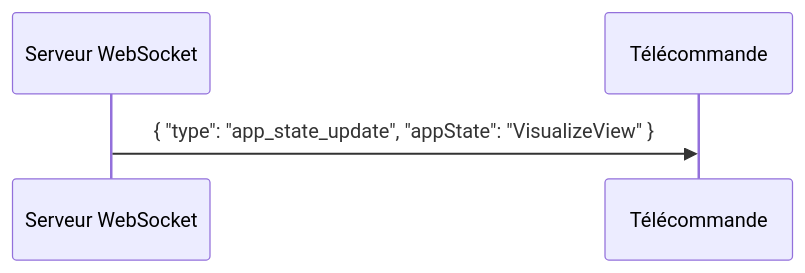
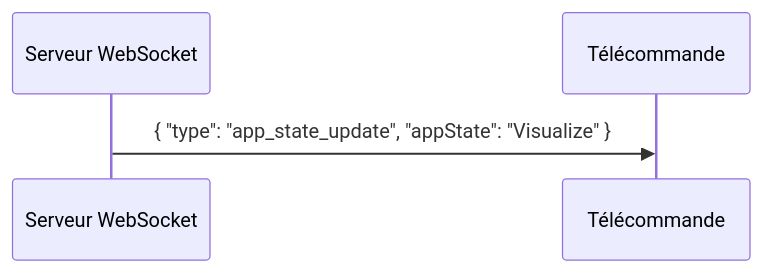
The fifth of 8 diagrams in documentation/remote_interface_spec.md (JMBaubet/VisuGPS), drawn with Mermaid before and after one commit. The commit also changed other lines of this file and 1 other file, not shown here.

````diff
--- a/documentation/remote_interface_spec.md
+++ b/documentation/remote_interface_spec.md
@@ -121,6 +146,6 @@
     ```mermaid
     sequenceDiagram
         participant Server as Serveur WebSocket
         participant Client as Télécommande
-        Server->>Client: { "type": "app_state_update", "appState": "VisualizeView" }
+        Server->>Client: { "type": "app_state_update", "appState": "Visualize" }
     ```
````
